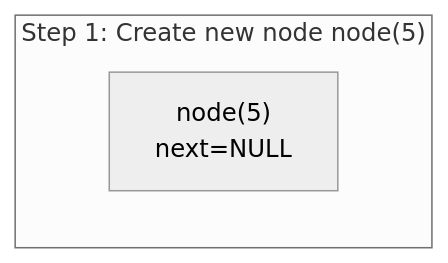
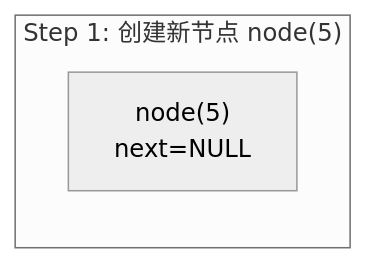
One commit to Awesome-Embedded-Learning-Studio/Tutorial_AwesomeModernCPP changed the second of 4 diagrams in documents/en/vol1-fundamentals/c_tutorials/advanced_feature/06-handmade-linked-list.md. Above: the diagram before and after it, drawn with Mermaid (neutral theme). The commit also changed other lines of this file and 388 other files, not shown here.

````diff
--- a/documents/en/vol1-fundamentals/c_tutorials/advanced_feature/06-handmade-linked-list.md
+++ b/documents/en/vol1-fundamentals/c_tutorials/advanced_feature/06-handmade-linked-list.md
@@ -189,6 +195,6 @@
 ```mermaid
 graph LR
-    subgraph "Step 1: Create new node node(5)"
+    subgraph "Step 1: 创建新节点 node(5)"
         S1["node(5)<br/>next=NULL"]
     end
 ```
````
